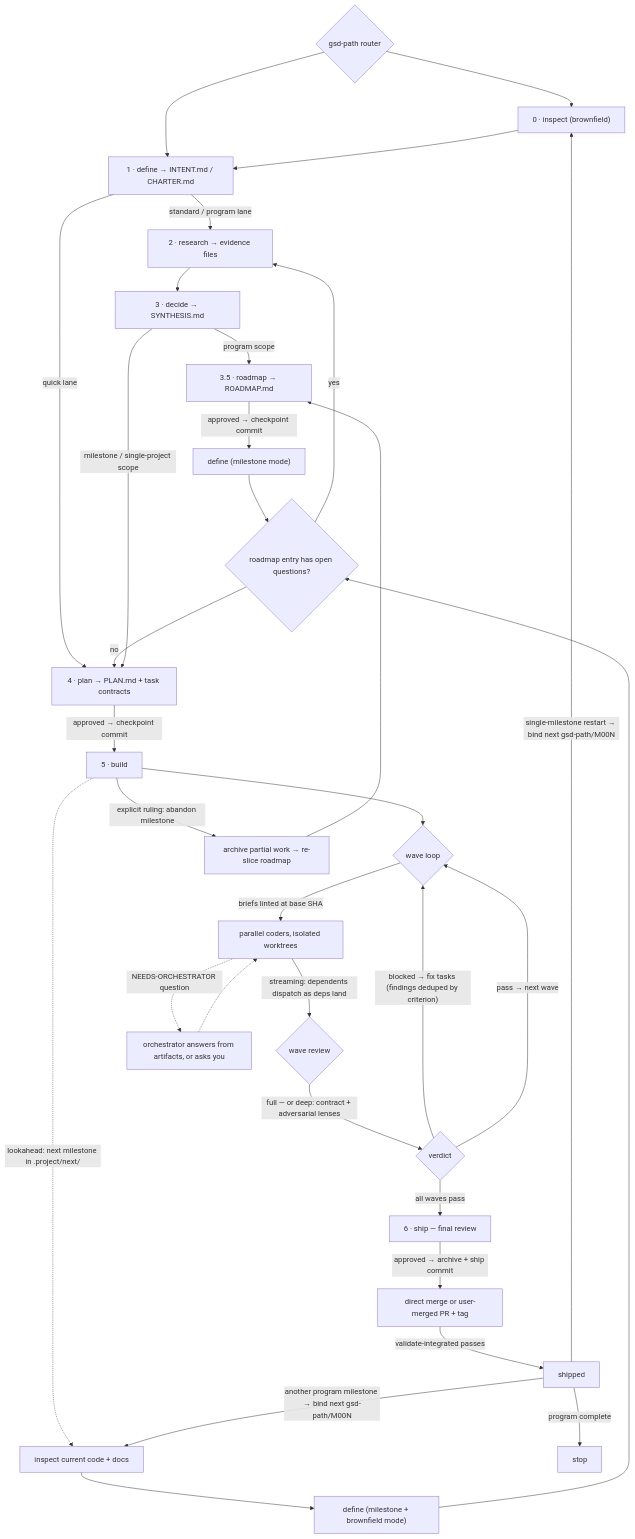
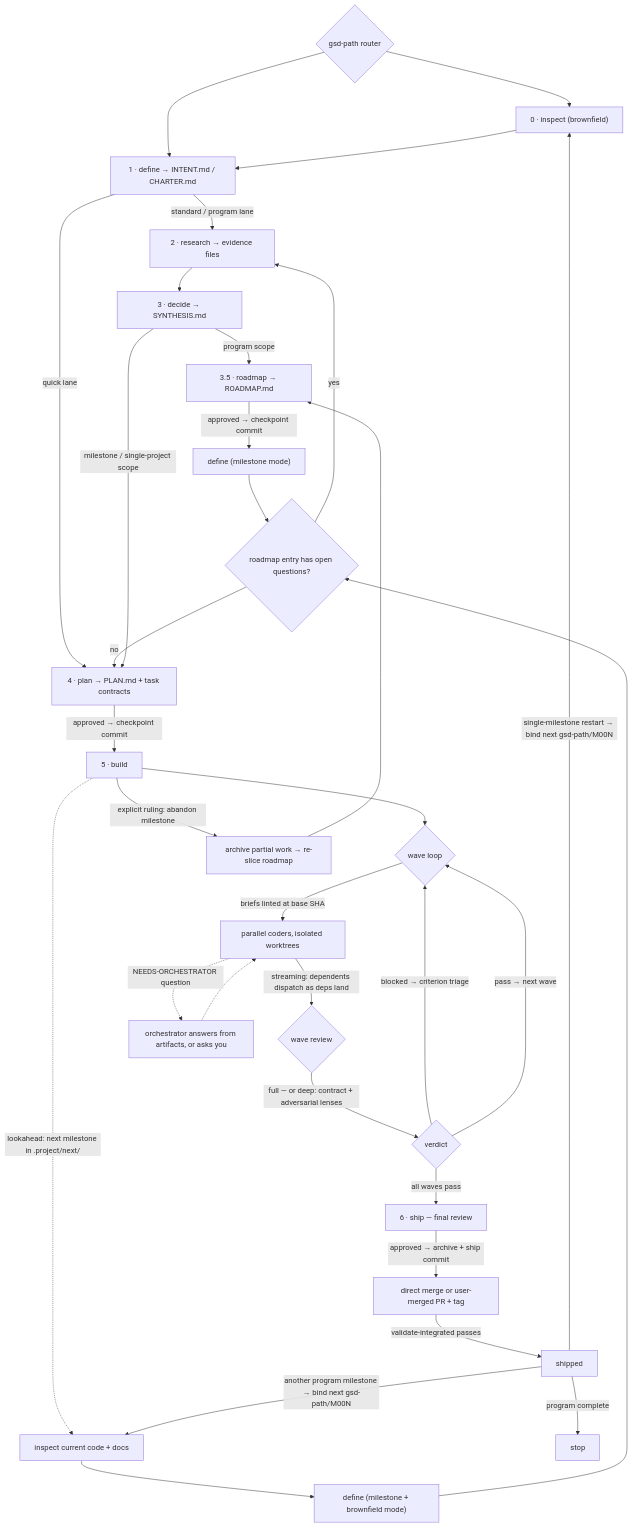
One commit to open-gsd/gsd-path changed the diagram in README.md. Above: the diagram before and after it, drawn with Mermaid. The commit also changed other lines of this file and 4 other files, not shown here.

````diff
--- a/README.md
+++ b/README.md
@@ -73,35 +73,35 @@
 ```mermaid
 flowchart TD
     R{"gsd-path router"} --> I["0 · inspect (brownfield)"]
     R --> D["1 · define → INTENT.md / CHARTER.md"]
     I --> D
     D -->|"standard / program lane"| RE["2 · research → evidence files"]
     D -->|"quick lane"| P
     RE --> DE["3 · decide → SYNTHESIS.md"]
     DE -->|"program scope"| RM["3.5 · roadmap → ROADMAP.md"]
     RM -->|"approved → checkpoint commit"| DM["define (milestone mode)"]
     DM --> MQ{"roadmap entry has open questions?"}
     MQ -->|"yes"| RE
     MQ -->|"no"| P["4 · plan → PLAN.md + task contracts"]
     DE -->|"milestone / single-project scope"| P
     P -->|"approved → checkpoint commit"| B["5 · build"]
     B --> W{"wave loop"}
     W -->|"briefs linted at base SHA"| C["parallel coders, isolated worktrees"]
     C -->|"streaming: dependents dispatch as deps land"| V{"wave review"}
     V -->|"full — or deep: contract + adversarial lenses"| F{"verdict"}
-    F -->|"blocked → fix tasks (findings deduped by criterion)"| W
+    F -->|"blocked → criterion triage"| W
     F -->|"pass → next wave"| W
     F -->|"all waves pass"| S["6 · ship — final review"]
     C -.->|"NEEDS-ORCHESTRATOR question"| O["orchestrator answers from artifacts, or asks you"]
     O -.-> C
     B -.->|"lookahead: next milestone in .project/next/"| MI["inspect current code + docs"]
     MI --> MB["define (milestone + brownfield mode)"]
     MB --> MQ
     B -->|"explicit ruling: abandon milestone"| AB["archive partial work → re-slice roadmap"]
     AB --> RM
     S -->|"approved → archive + ship commit"| MG["direct merge or user-merged PR + tag"]
     MG -->|"validate-integrated passes"| A["shipped"]
     A -->|"another program milestone → bind next gsd-path/M00N"| MI
     A -->|"single-milestone restart → bind next gsd-path/M00N"| I
     A -->|"program complete"| PC["stop"]
 ```
````
